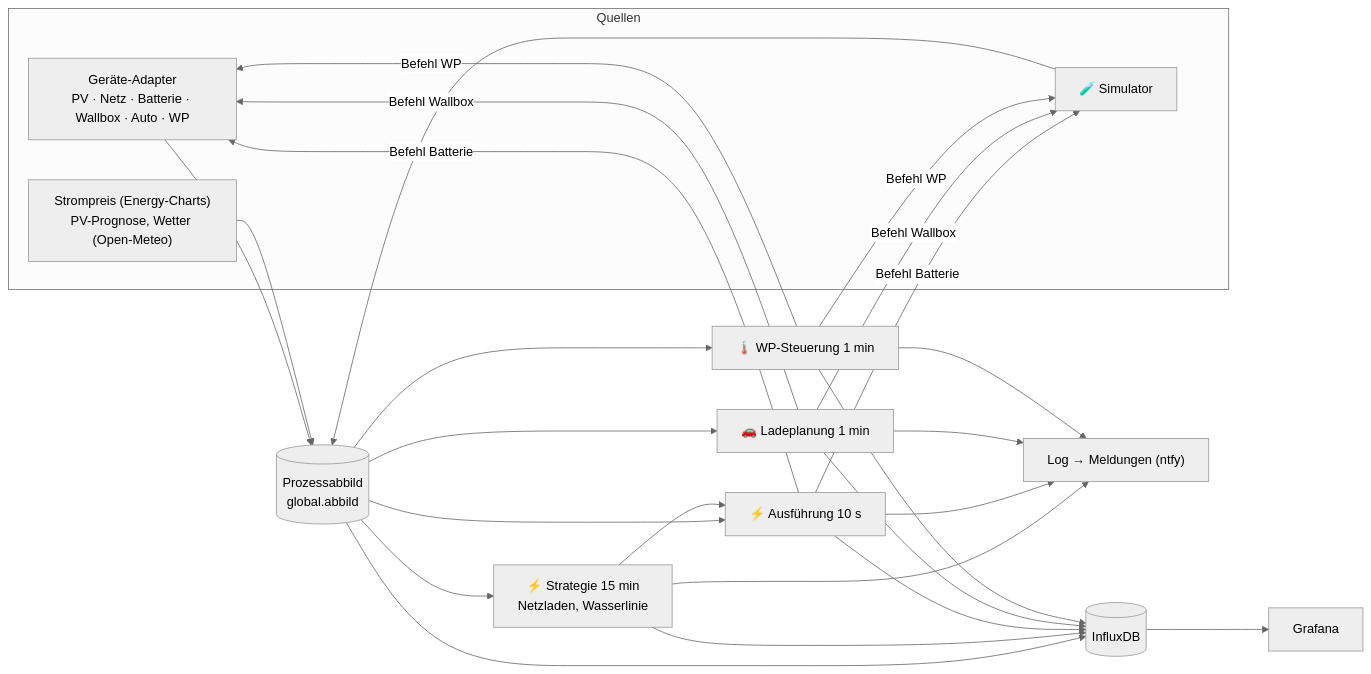
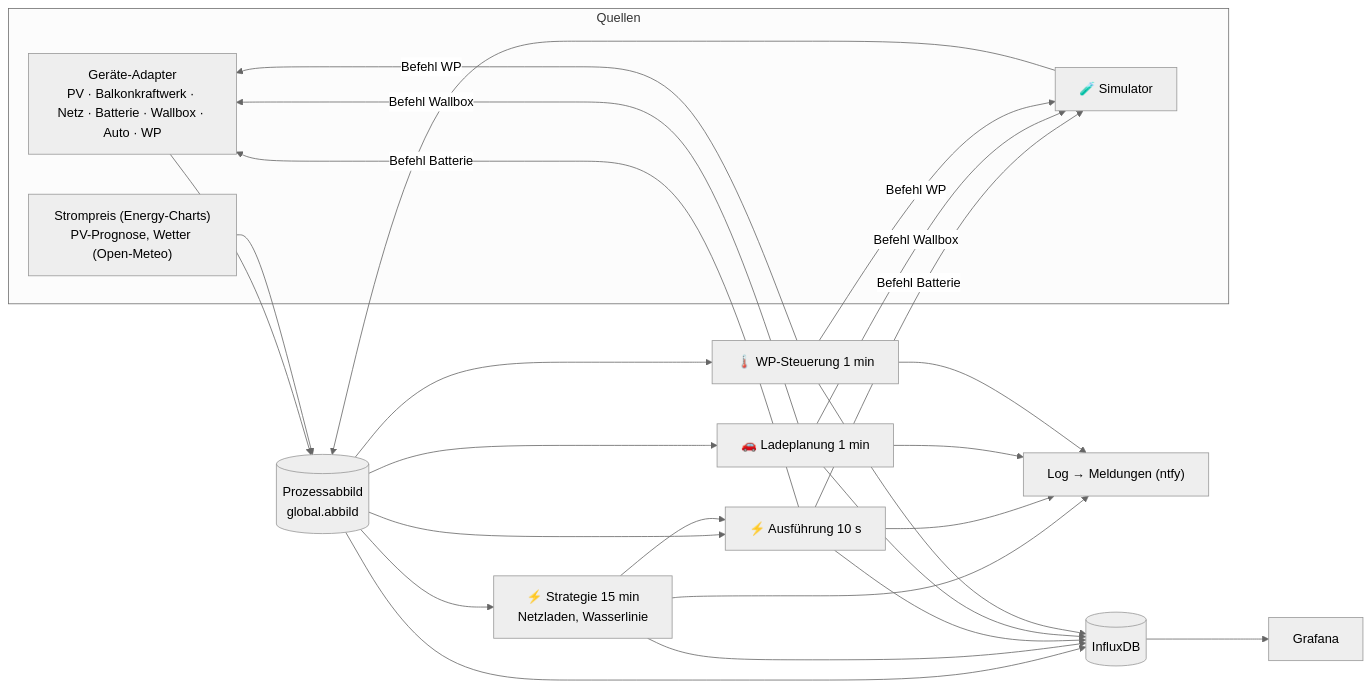
Before and after one commit to vialkoje/Radler-EMS: the diagram in README.md, drawn with Mermaid (neutral theme). The commit also changed other lines of this file and 21 other files, not shown here.

````diff
--- a/README.md
+++ b/README.md
@@ -11,19 +11,19 @@
 ```mermaid
 flowchart LR
     subgraph Quellen
-        G["Geräte-Adapter<br/>PV · Netz · Batterie · Wallbox · Auto · WP"]
+        G["Geräte-Adapter<br/>PV · Balkonkraftwerk · Netz · Batterie · Wallbox · Auto · WP"]
         S["🧪 Simulator"]
         M["Strompreis (Energy-Charts)<br/>PV-Prognose, Wetter (Open-Meteo)"]
     end
     G & S & M --> A[("Prozessabbild<br/>global.abbild")]
     A --> ST["⚡ Strategie 15 min<br/>Netzladen, Wasserlinie"]
     A --> AF["⚡ Ausführung 10 s"]
     A --> WB["🚗 Ladeplanung 1 min"]
     A --> WP["🌡️ WP-Steuerung 1 min"]
     ST --> AF
     AF -->|"Befehl Batterie"| G & S
     WB -->|"Befehl Wallbox"| G & S
     WP -->|"Befehl WP"| G & S
     A & ST & AF & WB & WP --> I[("InfluxDB")] --> GR["Grafana"]
     ST & AF & WB & WP --> L["Log → Meldungen (ntfy)"]
 ```
````
